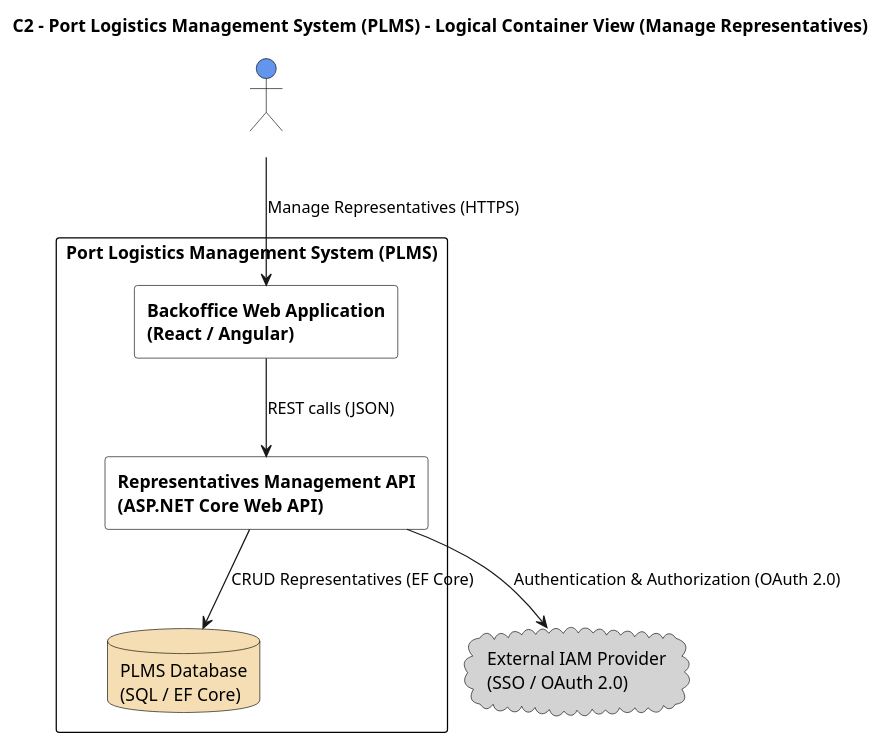
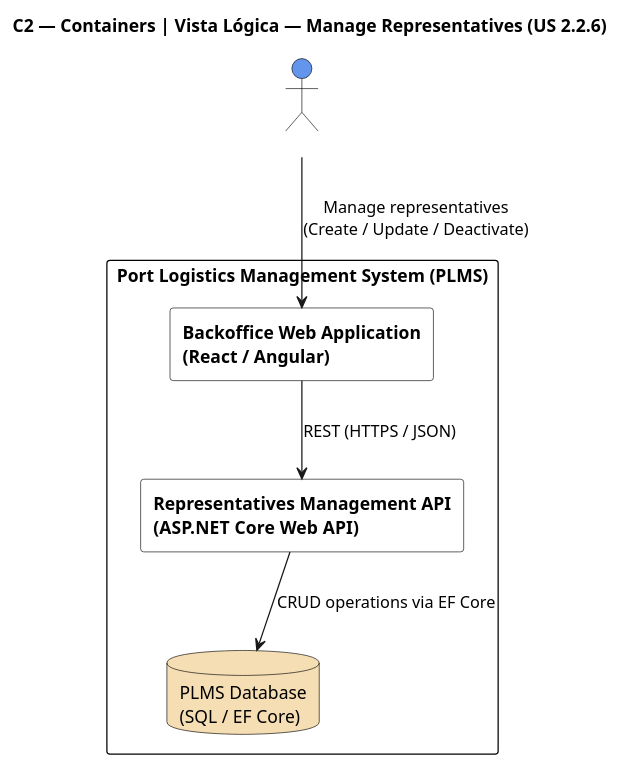
The diagram in Docs/Sprint A/US 2.2.6/Modelo c4/C2_Logica.puml (Departamento-de-Engenharia-Informatica/LEI-SEM5-PI-2025-26-3DM-03), drawn with PlantUML before and after one commit. The commit also changed 12 other files, not shown here.

```diff
--- a/Docs/Sprint A/US 2.2.6/Modelo c4/C2_Logica.puml
+++ b/Docs/Sprint A/US 2.2.6/Modelo c4/C2_Logica.puml
@@ -1,45 +1,36 @@
 @startuml C2_Manage_Representatives_Logical_View
-title C2 – Port Logistics Management System (PLMS) – Logical Container View (Manage Representatives)
+title C2 — Containers | Vista Lógica — Manage Representatives (US 2.2.6)
 
 skinparam rectangle {
   BackgroundColor White
   BorderColor Black
   FontColor Black
   FontStyle bold
 }
 skinparam database {
   BackgroundColor Wheat
   BorderColor Black
   FontColor Black
 }
-skinparam cloud {
-  BackgroundColor LightGray
-  BorderColor Black
-  FontColor Black
-}
 skinparam actor {
   BackgroundColor CornflowerBlue
   FontColor White
   BorderColor Black
 }
 
-' === External Actors ===
+' === Atores Externos ===
 actor "Port Authority Officer" as Officer
 
-' === External System ===
-cloud "External IAM Provider\n(SSO / OAuth 2.0)" as IAM
-
-' === System in focus ===
+' === Sistema em foco ===
 rectangle "Port Logistics Management System (PLMS)" as PLMS {
   rectangle "Backoffice Web Application\n(React / Angular)" as Frontend
   rectangle "Representatives Management API\n(ASP.NET Core Web API)" as API
   database "PLMS Database\n(SQL / EF Core)" as DB
 }
 
-' === Relationships ===
-Officer --> Frontend : Manage Representatives (HTTPS)
-Frontend --> API : REST calls (JSON)
-API --> DB : CRUD Representatives (EF Core)
-API --> IAM : Authentication & Authorization (OAuth 2.0)
+' === Relações ===
+Officer --> Frontend : Manage representatives\n(Create / Update / Deactivate)
+Frontend --> API : REST (HTTPS / JSON)
+API --> DB : CRUD operations via EF Core
 
 @enduml
```
